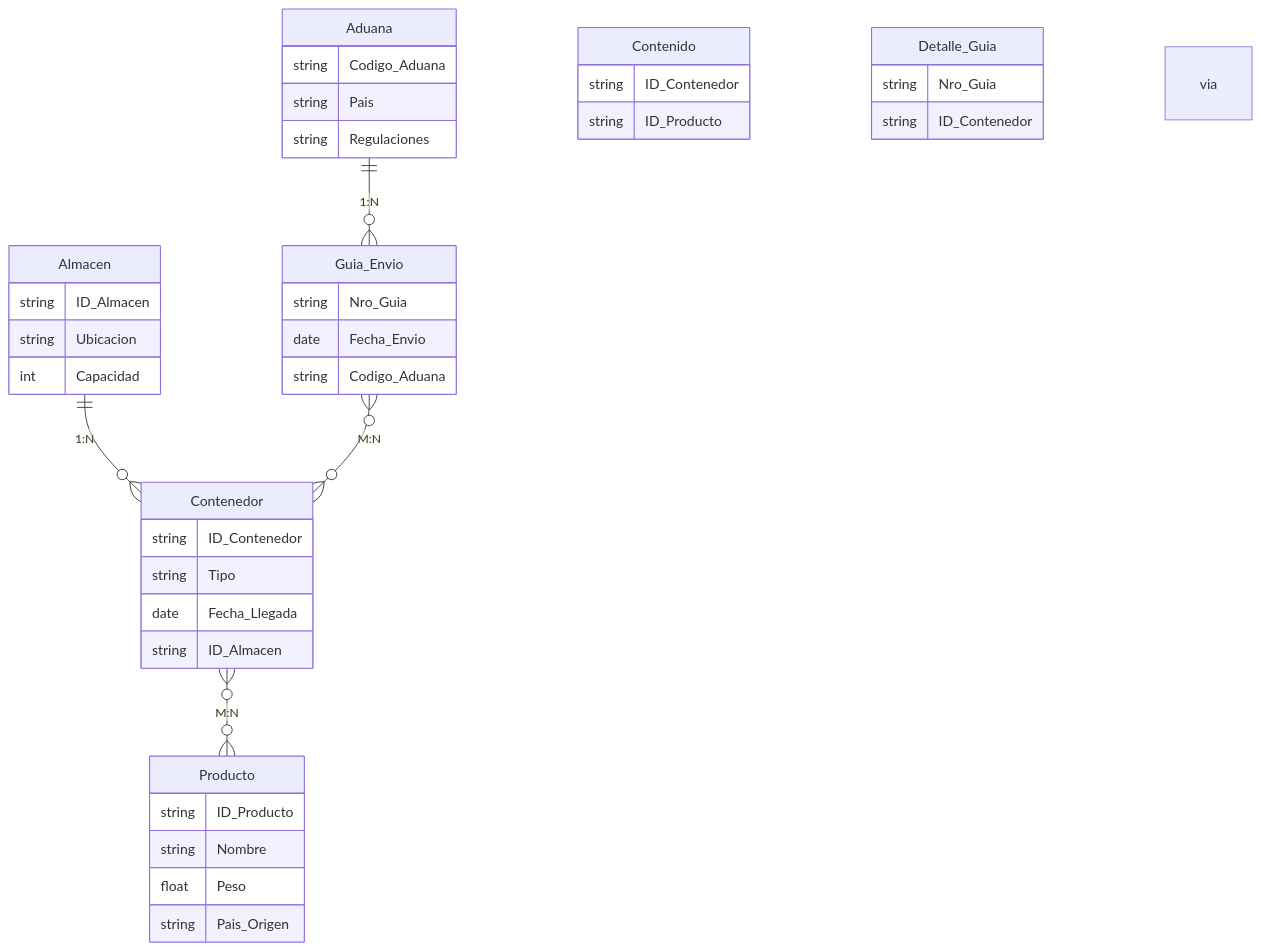
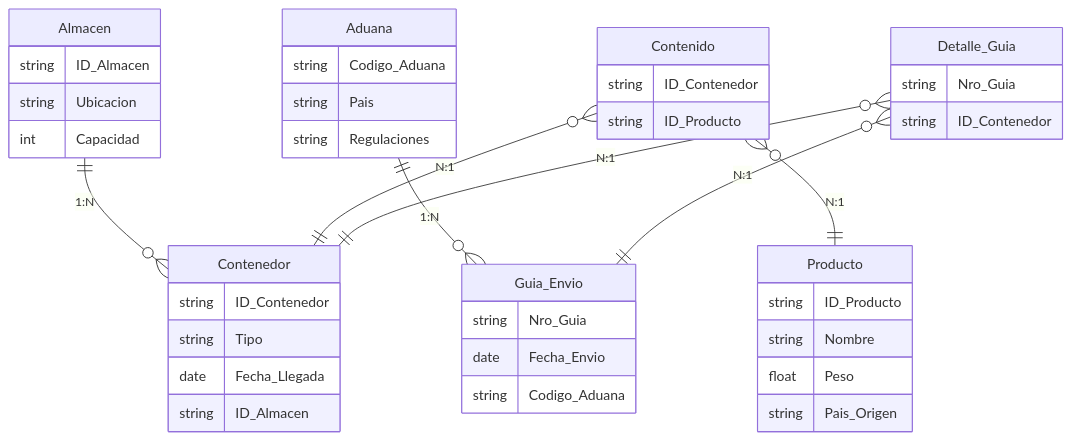
One commit to UnirCs/BBDDA-GLOBAL changed the diagram in Tema_0/00_Resources/04_Mercancias.md. Above: the diagram before and after it, drawn with Mermaid. The commit also changed 6 other files, not shown here.

````diff
--- a/Tema_0/00_Resources/04_Mercancias.md
+++ b/Tema_0/00_Resources/04_Mercancias.md
@@ -40,51 +40,55 @@
 ```mermaid
 erDiagram
 
     Almacen {
         string ID_Almacen
         string Ubicacion
         int Capacidad
     }
 
     Contenedor {
         string ID_Contenedor
         string Tipo
         date Fecha_Llegada
         string ID_Almacen
     }
 
     Producto {
         string ID_Producto
         string Nombre
         float Peso
         string Pais_Origen
     }
 
     Guia_Envio {
         string Nro_Guia
         date Fecha_Envio
         string Codigo_Aduana
     }
 
     Aduana {
         string Codigo_Aduana
         string Pais
         string Regulaciones
     }
 
     Contenido {
         string ID_Contenedor
         string ID_Producto
     }
 
     Detalle_Guia {
         string Nro_Guia
         string ID_Contenedor
     }
 
     Almacen ||--o{ Contenedor : "1:N"
-    Contenedor }o--o{ Producto : "M:N" via Contenido
-    Guia_Envio }o--o{ Contenedor : "M:N" via Detalle_Guia
+
+    Contenido }o--|| Contenedor : "N:1"
+    Contenido }o--|| Producto : "N:1"
+
     Aduana ||--o{ Guia_Envio : "1:N"
 
+    Detalle_Guia }o--|| Guia_Envio : "N:1"
+    Detalle_Guia }o--|| Contenedor : "N:1"
 ```
````
